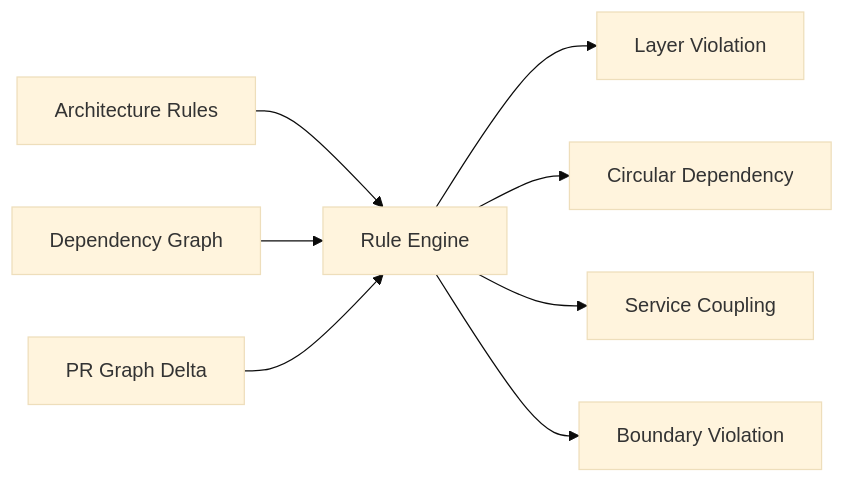
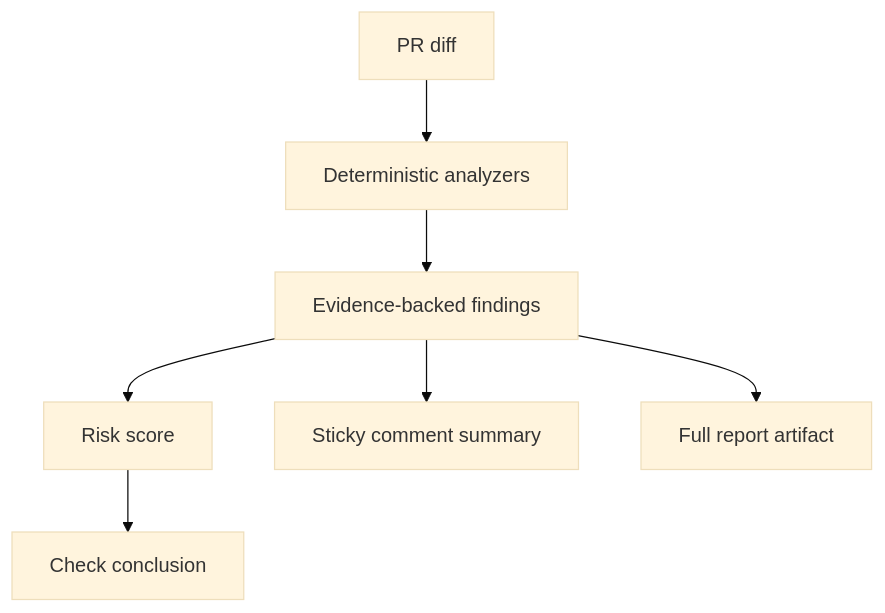
Before and after one commit to ayushkumar320/CodeGuardian: the second of 2 diagrams in README.md, drawn with Mermaid (base theme). The commit also changed other lines of this file and 4 other files, not shown here.

````diff
--- a/README.md
+++ b/README.md
@@ -452,10 +104,9 @@
 ```mermaid
-flowchart LR
-  RULES["Architecture Rules"] --> ENGINE["Rule Engine"]
-  GRAPH["Dependency Graph"] --> ENGINE
-  DIFF["PR Graph Delta"] --> ENGINE
-  ENGINE --> LAYER["Layer Violation"]
-  ENGINE --> CYCLE["Circular Dependency"]
-  ENGINE --> COUPLE["Service Coupling"]
-  ENGINE --> BOUND["Boundary Violation"]
+flowchart TD
+  DIFF["PR diff"] --> ANALYZERS["Deterministic analyzers"]
+  ANALYZERS --> FINDINGS["Evidence-backed findings"]
+  FINDINGS --> SCORE["Risk score"]
+  SCORE --> CHECK["Check conclusion"]
+  FINDINGS --> SUMMARY["Sticky comment summary"]
+  FINDINGS --> ARTIFACT["Full report artifact"]
 ```
````
